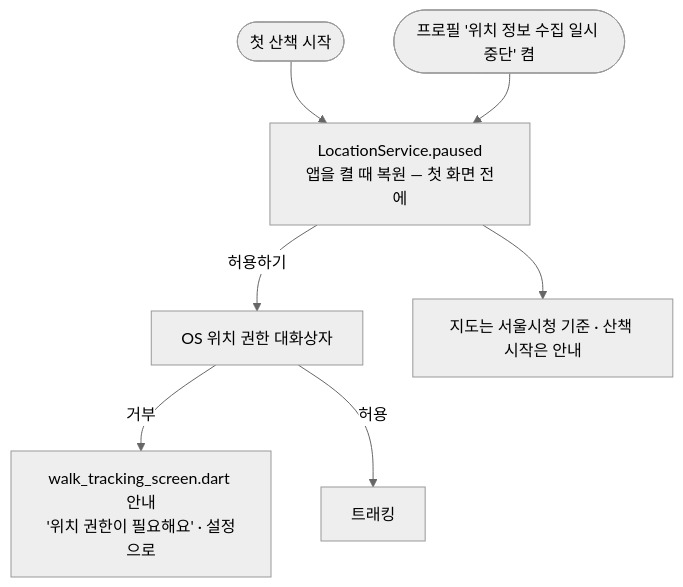
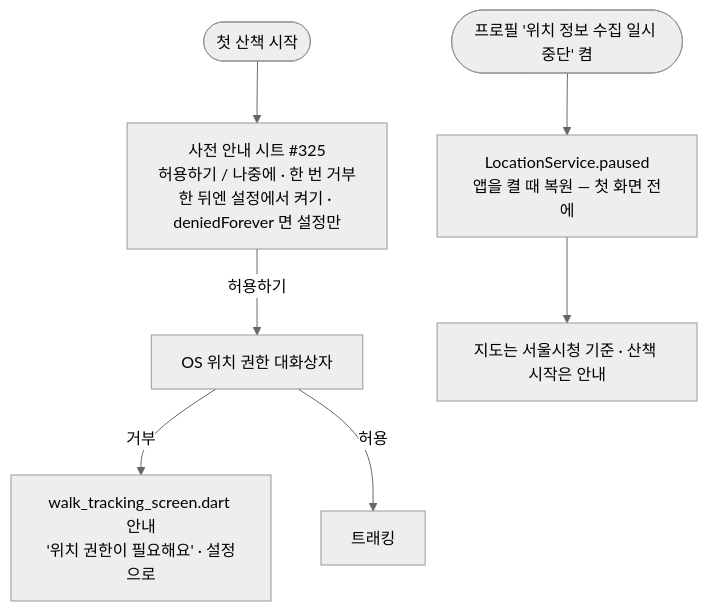
Before and after one commit to sanghyunbang/pawloop: the tenth of 14 diagrams in docs/01-design/user-flows.md, drawn with Mermaid (neutral theme). The commit also changed other lines of this file and 1 other file, not shown here.

First line of the commit message:
docs: user-flows 를 #338~#342 뒤로 다시 맞춘다 — 플로우 12 → 14 · 화면 29개를 테스트가 잠근다 (#345)

````diff
--- a/docs/01-design/user-flows.md
+++ b/docs/01-design/user-flows.md
@@ -302,9 +329,9 @@
 ```mermaid
 flowchart TD
     A([첫 산책 시작]) --> S[사전 안내 시트 #325<br/>허용하기 / 나중에 · 한 번 거부한 뒤엔 설정에서 켜기 · deniedForever 면 설정만]
     S -->|허용하기| P[OS 위치 권한 대화상자]
     P -->|거부| D[walk_tracking_screen.dart 안내<br/>'위치 권한이 필요해요' · 설정으로]
     P -->|허용| T[트래킹]
-    B([프로필 '위치 정보 수집 일시 중단' 켬]) --> S[LocationService.paused<br/>앱을 켤 때 복원 — 첫 화면 전에]
-    S --> M[지도는 서울시청 기준 · 산책 시작은 안내]
+    B([프로필 '위치 정보 수집 일시 중단' 켬]) --> PZ[LocationService.paused<br/>앱을 켤 때 복원 — 첫 화면 전에]
+    PZ --> M[지도는 서울시청 기준 · 산책 시작은 안내]
 ```
````
